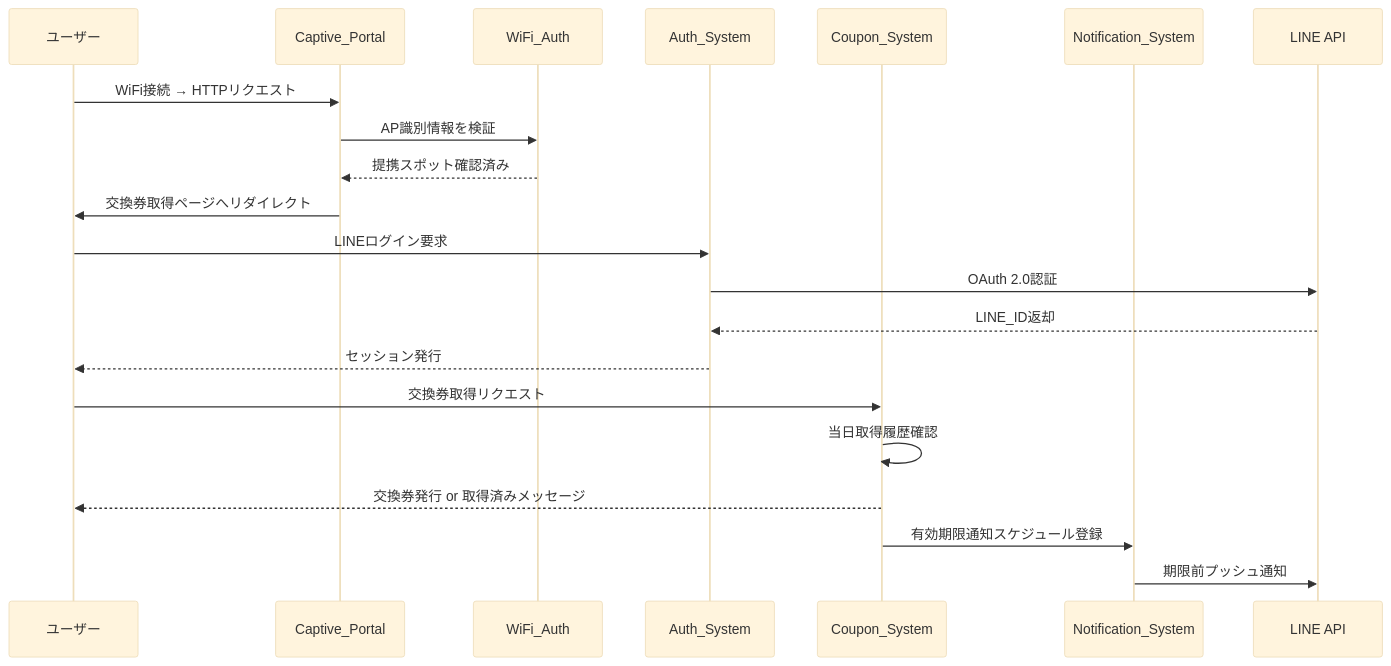
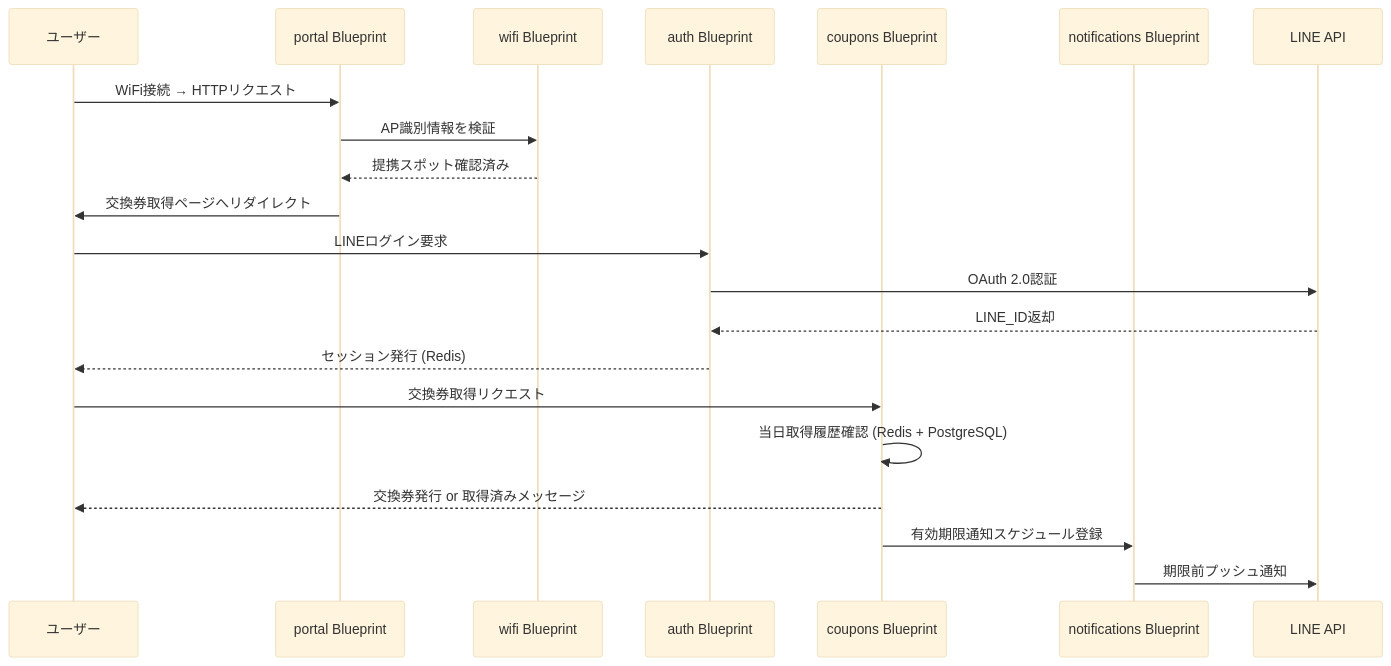
Before and after one commit to eyepyon/blackdiet: the third of 5 diagrams in .kiro/specs/3939spot/design.md, drawn with Mermaid (base theme). The commit also changed other lines of this file and 1 other file, not shown here.

First line of the commit message:
docs(3939spot): Update technical architecture and project structure

````diff
--- a/.kiro/specs/3939spot/design.md
+++ b/.kiro/specs/3939spot/design.md
@@ -118,24 +214,24 @@
 ```mermaid
 sequenceDiagram
     participant U as ユーザー
-    participant CP as Captive_Portal
-    participant WA as WiFi_Auth
-    participant AUTH as Auth_System
-    participant CS as Coupon_System
-    participant NS as Notification_System
+    participant CP as portal Blueprint
+    participant WA as wifi Blueprint
+    participant AUTH as auth Blueprint
+    participant CS as coupons Blueprint
+    participant NS as notifications Blueprint
     participant LINE as LINE API
 
     U->>CP: WiFi接続 → HTTPリクエスト
     CP->>WA: AP識別情報を検証
     WA-->>CP: 提携スポット確認済み
     CP->>U: 交換券取得ページへリダイレクト
     U->>AUTH: LINEログイン要求
     AUTH->>LINE: OAuth 2.0認証
     LINE-->>AUTH: LINE_ID返却
-    AUTH-->>U: セッション発行
+    AUTH-->>U: セッション発行 (Redis)
     U->>CS: 交換券取得リクエスト
-    CS->>CS: 当日取得履歴確認
+    CS->>CS: 当日取得履歴確認 (Redis + PostgreSQL)
     CS-->>U: 交換券発行 or 取得済みメッセージ
     CS->>NS: 有効期限通知スケジュール登録
     NS->>LINE: 期限前プッシュ通知
 ```
````
